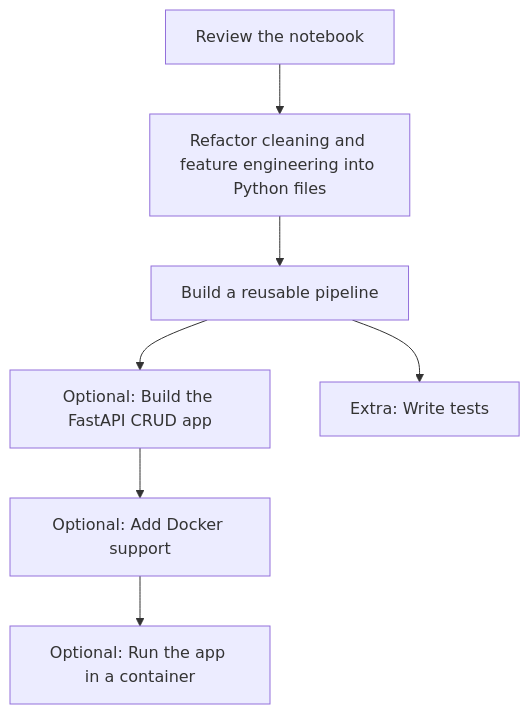
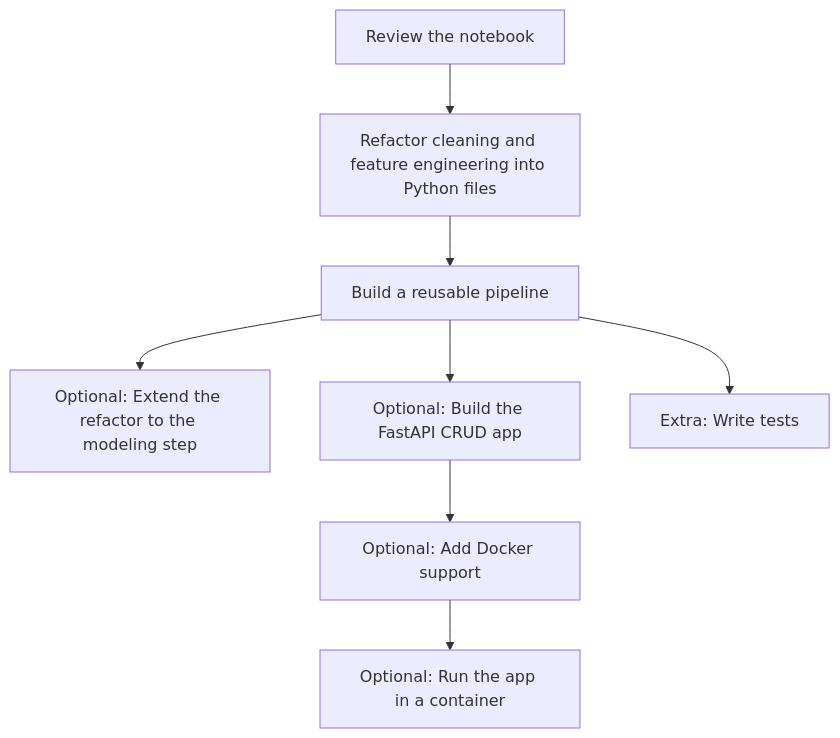
One commit to wladimir000/mle-fractioning changed the diagram in project-for-today.md. Above: the diagram before and after it, drawn with Mermaid. The commit also changed other lines of this file and 1 other file, not shown here.

Commit message:
Update README.md and project-for-today.md for clarity and additional guidance on refactoring tasks

````diff
--- a/project-for-today.md
+++ b/project-for-today.md
@@ -22,9 +25,10 @@
 ```mermaid
 flowchart TD
     A[Review the notebook] --> B[Refactor cleaning and feature engineering into Python files]
     B --> C[Build a reusable pipeline]
-    C --> D[Optional: Build the FastAPI CRUD app]
-    D --> E[Optional: Add Docker support]
-    E --> F[Optional: Run the app in a container]
-    C --> G[Extra: Write tests]
+    C --> D[Optional: Extend the refactor to the modeling step]
+    C --> E[Optional: Build the FastAPI CRUD app]
+    E --> F[Optional: Add Docker support]
+    F --> G[Optional: Run the app in a container]
+    C --> H[Extra: Write tests]
 ```
````
